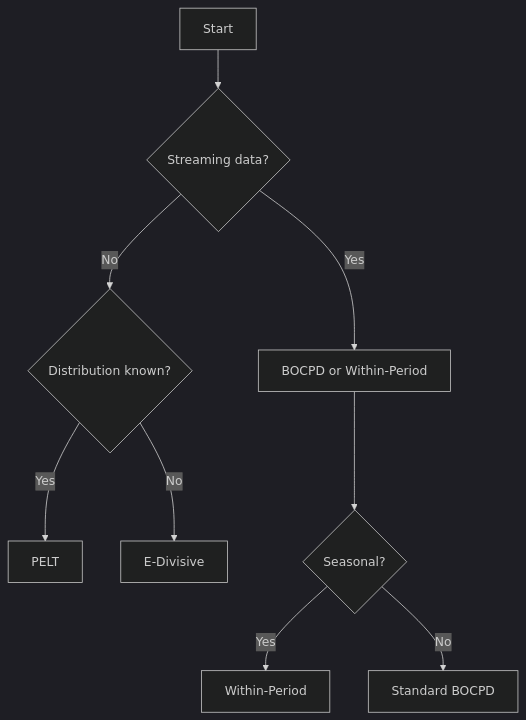
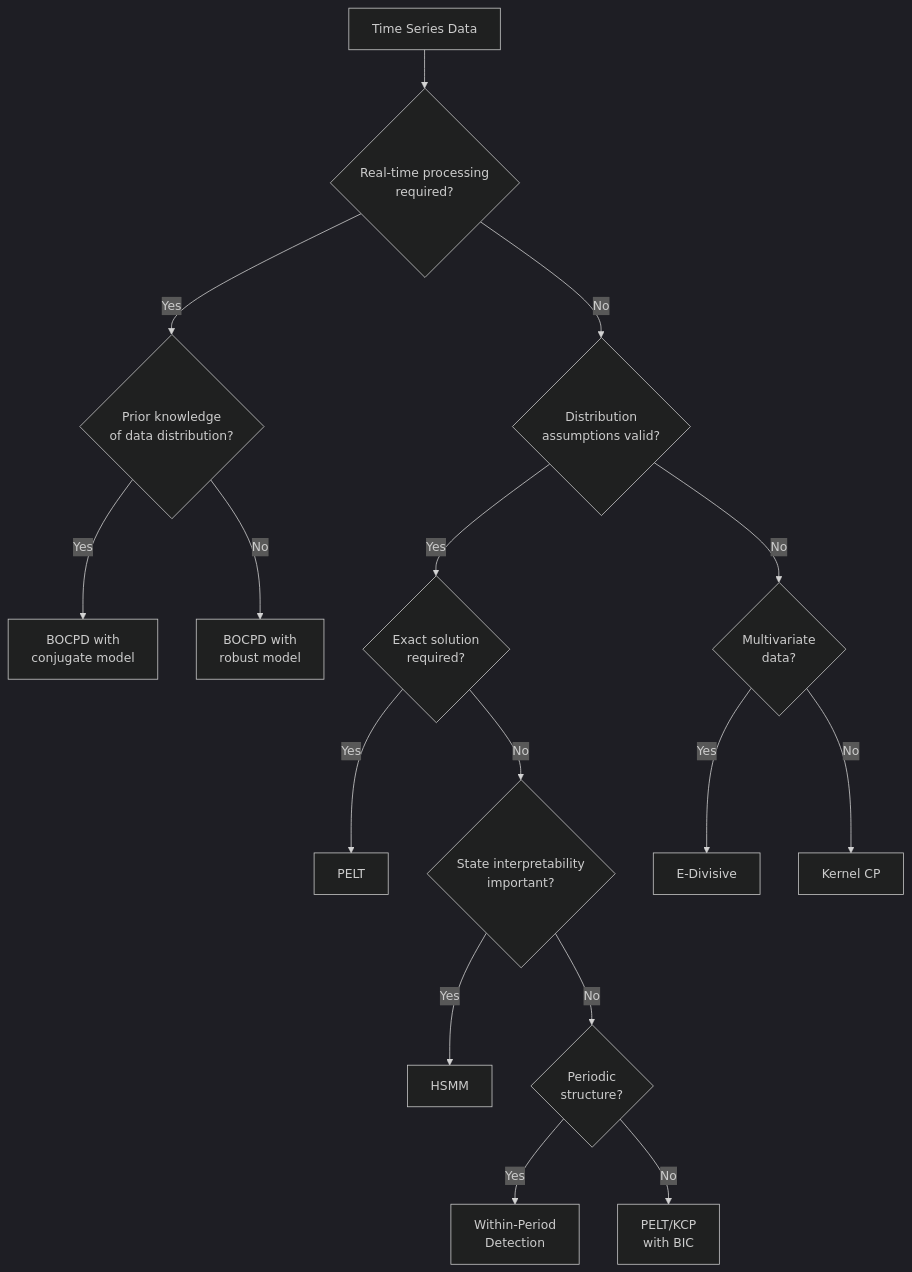
One commit to DiogoRibeiro7/ChangePointLab changed the diagram in docs/guide/choosing_methods.md. Above: the diagram before and after it, drawn with Mermaid (dark theme). The commit also changed other lines of this file and 94 other files, not shown here.

````diff
--- a/docs/guide/choosing_methods.md
+++ b/docs/guide/choosing_methods.md
@@ -5,11 +7,24 @@
 ```mermaid
 graph TD
-  A[Start] --> B{Streaming data?}
-  B -- Yes --> C[BOCPD or Within-Period]
-  B -- No --> D{Distribution known?}
-  D -- Yes --> E[PELT]
-  D -- No --> F[E-Divisive]
-  C --> G{Seasonal?}
-  G -- Yes --> H[Within-Period]
-  G -- No --> I[Standard BOCPD]
+    Start[Time Series Data] --> Q1{Real-time processing<br>required?}
+    Q1 -- Yes --> Q2{Prior knowledge<br>of data distribution?}
+    Q1 -- No --> Q3{Distribution<br>assumptions valid?}
+    
+    Q2 -- Yes --> BOCPD[BOCPD with<br>conjugate model]
+    Q2 -- No --> StreamED[BOCPD with<br>robust model]
+    
+    Q3 -- Yes --> Q4{Exact solution<br>required?}
+    Q3 -- No --> Q5{Multivariate<br>data?}
+    
+    Q4 -- Yes --> PELT[PELT]
+    Q4 -- No --> Q6{State interpretability<br>important?}
+    
+    Q5 -- Yes --> EDIV[E-Divisive]
+    Q5 -- No --> KCP[Kernel CP]
+    
+    Q6 -- Yes --> HSMM[HSMM]
+    Q6 -- No --> Q7{Periodic<br>structure?}
+    
+    Q7 -- Yes --> WPD[Within-Period<br>Detection]
+    Q7 -- No --> BIC[PELT/KCP<br>with BIC]
 ```
````
